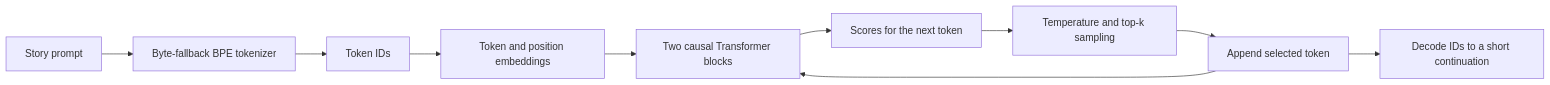
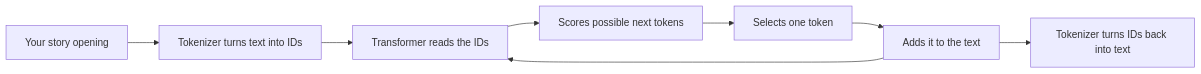
One commit to sanjanarose-pixel/NextWordPredictor changed the diagram in README.md. Above: the diagram before and after it, drawn with Mermaid. The commit also changed other lines of this file, not shown here.

````diff
--- a/README.md
+++ b/README.md
@@ -27,12 +29,10 @@
 ```mermaid
 flowchart LR
-    A[Story prompt] --> B[Byte-fallback BPE tokenizer]
-    B --> C[Token IDs]
-    C --> D[Token and position embeddings]
-    D --> E[Two causal Transformer blocks]
-    E --> F[Scores for the next token]
-    F --> G[Temperature and top-k sampling]
-    G --> H[Append selected token]
-    H --> E
-    H --> I[Decode IDs to a short continuation]
+    A[Your story opening] --> B[Tokenizer turns text into IDs]
+    B --> C[Transformer reads the IDs]
+    C --> D[Scores possible next tokens]
+    D --> E[Selects one token]
+    E --> F[Adds it to the text]
+    F --> C
+    F --> G[Tokenizer turns IDs back into text]
 ```
````
